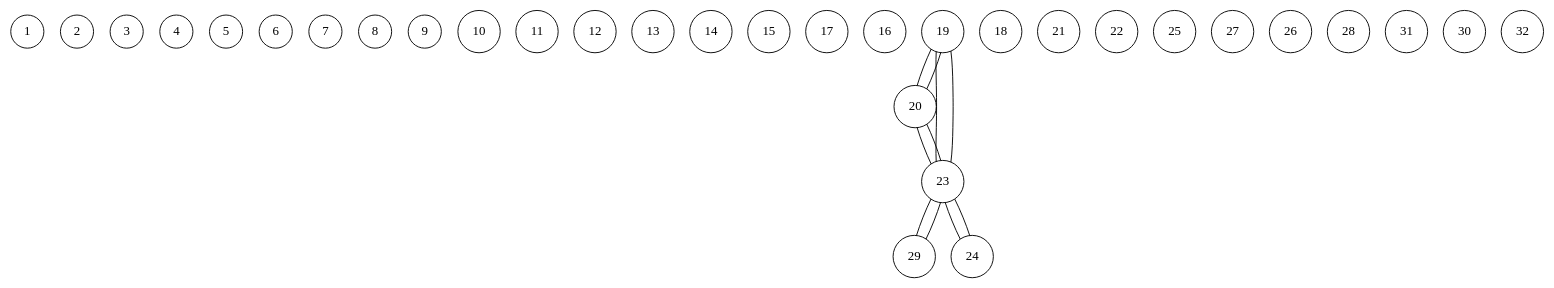
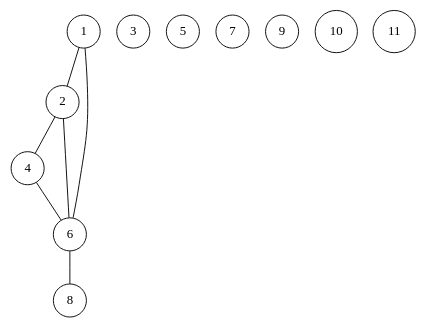
Before and after one commit to chris-wood/PL241-Compiler: the diagram in project/caw001.txt.ig.dot, drawn with Graphviz. The commit also changed 12 other files, not shown here.

```diff
--- a/project/caw001.txt.ig.dot
+++ b/project/caw001.txt.ig.dot
@@ -1,45 +1,20 @@
-graph interference_graph {
+graph ig {
     node [shape = circle];
 1;
 2;
 3;
 4;
 5;
 6;
 7;
 8;
 9;
 10;
 11;
-12;
-13;
-14;
-15;
-17;
-16;
-19;
-19 -- 20;
-19 -- 23;
-18;
-21;
-20;
-20 -- 23;
-20 -- 19;
-23;
-23 -- 29;
-23 -- 24;
-23 -- 20;
-23 -- 19;
-22;
-25;
-24;
-24 -- 23;
-27;
-26;
-29;
-29 -- 23;
-28;
-31;
-30;
-32;
+1 -- 2;
+1 -- 6;
+2 -- 4;
+2 -- 6;
+4 -- 6;
+6 -- 8;
 }
```
